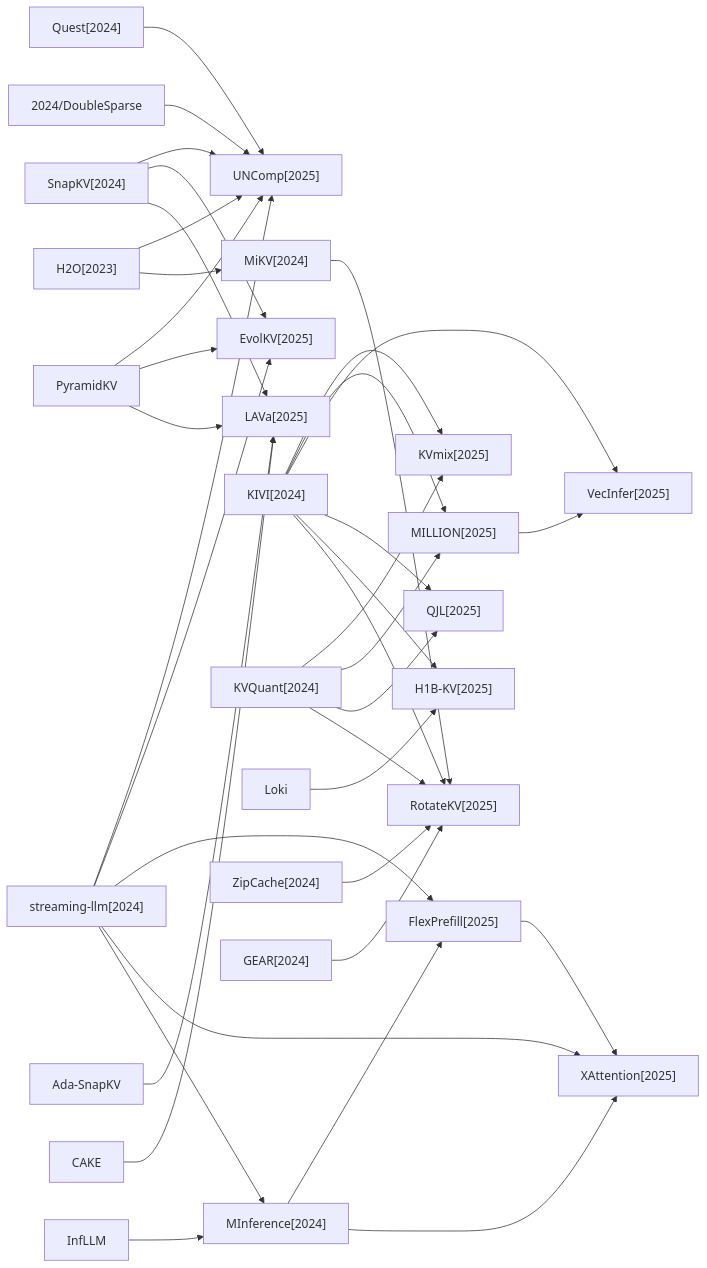
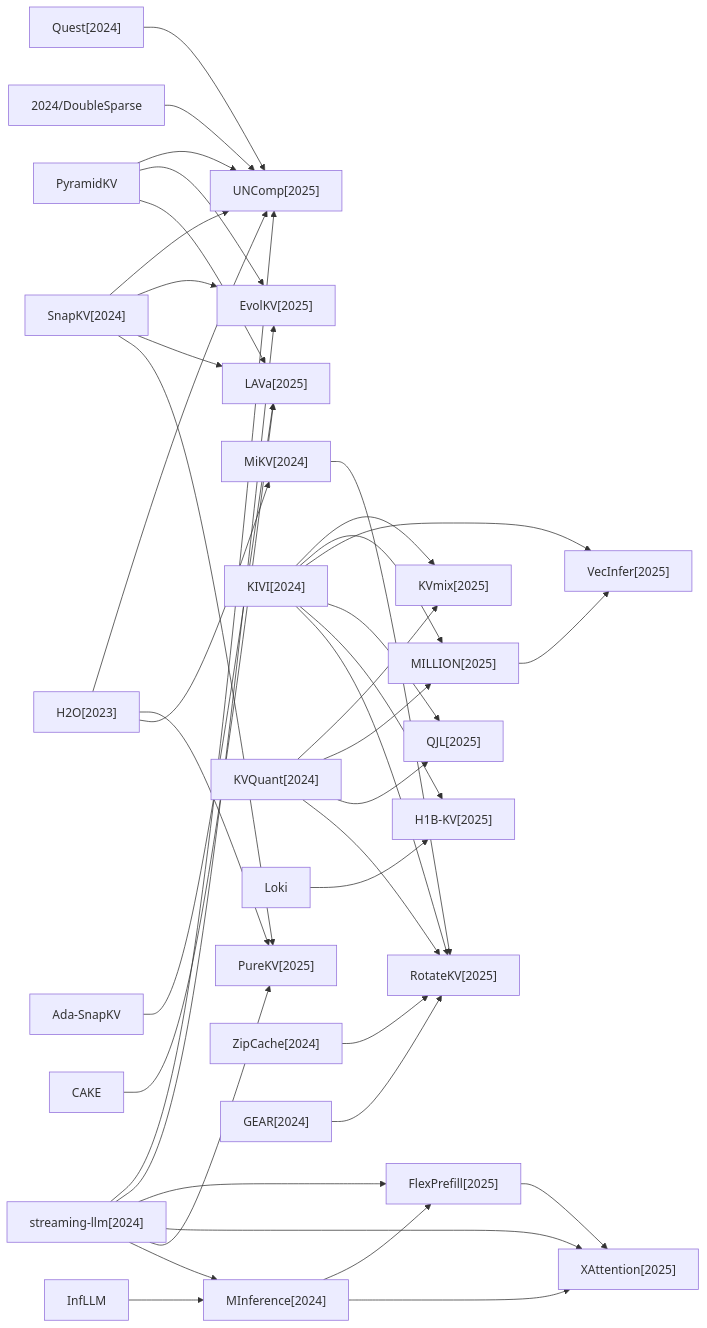
One commit to hustzxd/EfficientPaper changed the third of 4 diagrams in docs/baseline_methods_graph.md. Above: the diagram before and after it, drawn with Mermaid. The commit also changed 15 other files, not shown here.

````diff
--- a/docs/baseline_methods_graph.md
+++ b/docs/baseline_methods_graph.md
@@ -44,66 +44,70 @@
 ```mermaid
 flowchart LR
     2025_UNComp["UNComp[2025]"]
     2023_H2O["H2O[2023]"]
     2024_streaming_llm["streaming-llm[2024]"]
     2024_SnapKV["SnapKV[2024]"]
     PyramidKV["PyramidKV"]
     2024_Quest["Quest[2024]"]
     2024_DoubleSparse["2024/DoubleSparse"]
     2025_EvolKV["EvolKV[2025]"]
     2025_LAVa["LAVa[2025]"]
     Ada_SnapKV["Ada-SnapKV"]
     CAKE["CAKE"]
     2025_FlexPrefill["FlexPrefill[2025]"]
     2024_MInference["MInference[2024]"]
     2025_KVmix["KVmix[2025]"]
     2024_KIVI["KIVI[2024]"]
     2024_KVQuant["KVQuant[2024]"]
     2025_MILLION["MILLION[2025]"]
     2025_VecInfer["VecInfer[2025]"]
     2025_XAttention["XAttention[2025]"]
     2025_QJL["QJL[2025]"]
     2025_H1B_KV["H1B-KV[2025]"]
     Loki["Loki"]
     2025_RotateKV["RotateKV[2025]"]
     2024_MiKV["MiKV[2024]"]
     2024_ZipCache["ZipCache[2024]"]
     2024_GEAR["GEAR[2024]"]
+    2025_PureKV["PureKV[2025]"]
     InfLLM["InfLLM"]
     2023_H2O --> 2025_UNComp
+    2023_H2O --> 2025_PureKV
     2023_H2O --> 2024_MiKV
     2024_streaming_llm --> 2025_UNComp
     2024_streaming_llm --> 2025_EvolKV
     2024_streaming_llm --> 2025_FlexPrefill
     2024_streaming_llm --> 2025_XAttention
+    2024_streaming_llm --> 2025_PureKV
     2024_streaming_llm --> 2024_MInference
     2024_SnapKV --> 2025_UNComp
     2024_SnapKV --> 2025_EvolKV
     2024_SnapKV --> 2025_LAVa
+    2024_SnapKV --> 2025_PureKV
     PyramidKV --> 2025_UNComp
     PyramidKV --> 2025_EvolKV
     PyramidKV --> 2025_LAVa
     2024_Quest --> 2025_UNComp
     2024_DoubleSparse --> 2025_UNComp
     Ada_SnapKV --> 2025_LAVa
     CAKE --> 2025_LAVa
     2025_FlexPrefill --> 2025_XAttention
     2024_MInference --> 2025_FlexPrefill
     2024_MInference --> 2025_XAttention
     2024_KIVI --> 2025_KVmix
     2024_KIVI --> 2025_MILLION
     2024_KIVI --> 2025_VecInfer
     2024_KIVI --> 2025_QJL
     2024_KIVI --> 2025_H1B_KV
     2024_KIVI --> 2025_RotateKV
     2024_KVQuant --> 2025_KVmix
     2024_KVQuant --> 2025_MILLION
     2024_KVQuant --> 2025_QJL
     2024_KVQuant --> 2025_RotateKV
     2025_MILLION --> 2025_VecInfer
     Loki --> 2025_H1B_KV
     2024_MiKV --> 2025_RotateKV
     2024_ZipCache --> 2025_RotateKV
     2024_GEAR --> 2025_RotateKV
     InfLLM --> 2024_MInference
 ```
````
